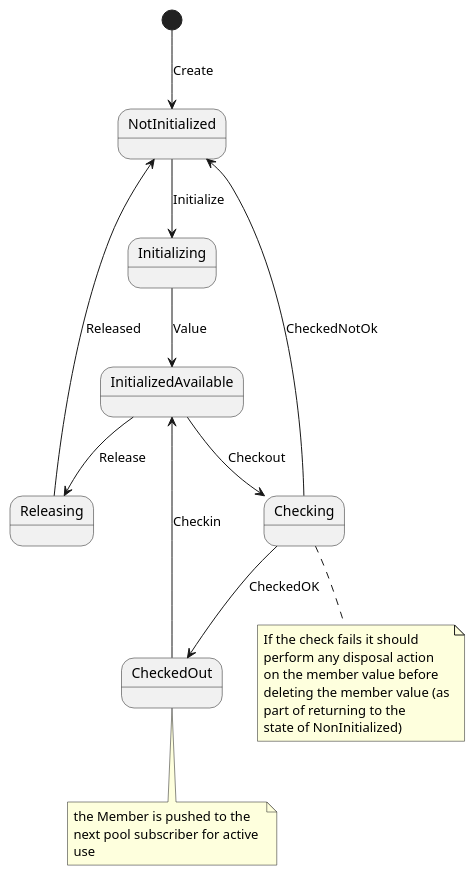
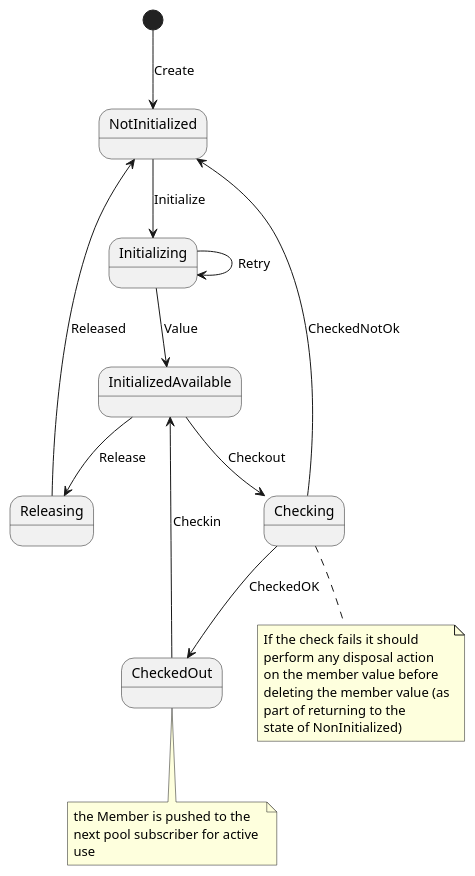
The diagram in src/main/plantuml/Member-state-diagram.puml (davidmoten/rxjava3-pool), drawn with PlantUML before and after one commit. The commit also changed 1 other file, not shown here.

```diff
--- a/src/main/plantuml/Member-state-diagram.puml
+++ b/src/main/plantuml/Member-state-diagram.puml
@@ -1,27 +1,28 @@
 @startuml
 
 [*] --> NotInitialized: Create
 NotInitialized --> Initializing: Initialize
 Initializing --> InitializedAvailable: Value
+Initializing --> Initializing: Retry
 InitializedAvailable --> Checking: Checkout
 Checking --> NotInitialized: CheckedNotOk
 Checking --> CheckedOut: CheckedOK
 InitializedAvailable --> Releasing: Release 
 Releasing --> NotInitialized: Released
 CheckedOut --> InitializedAvailable: Checkin
 
 note bottom of Checking
   If the check fails it should
   perform any disposal action
   on the member value before 
   deleting the member value (as
   part of returning to the 
   state of NonInitialized)
 end note
 
 note bottom of CheckedOut
   the Member is pushed to the 
   next pool subscriber for active 
   use
 end note
 @enduml
```
